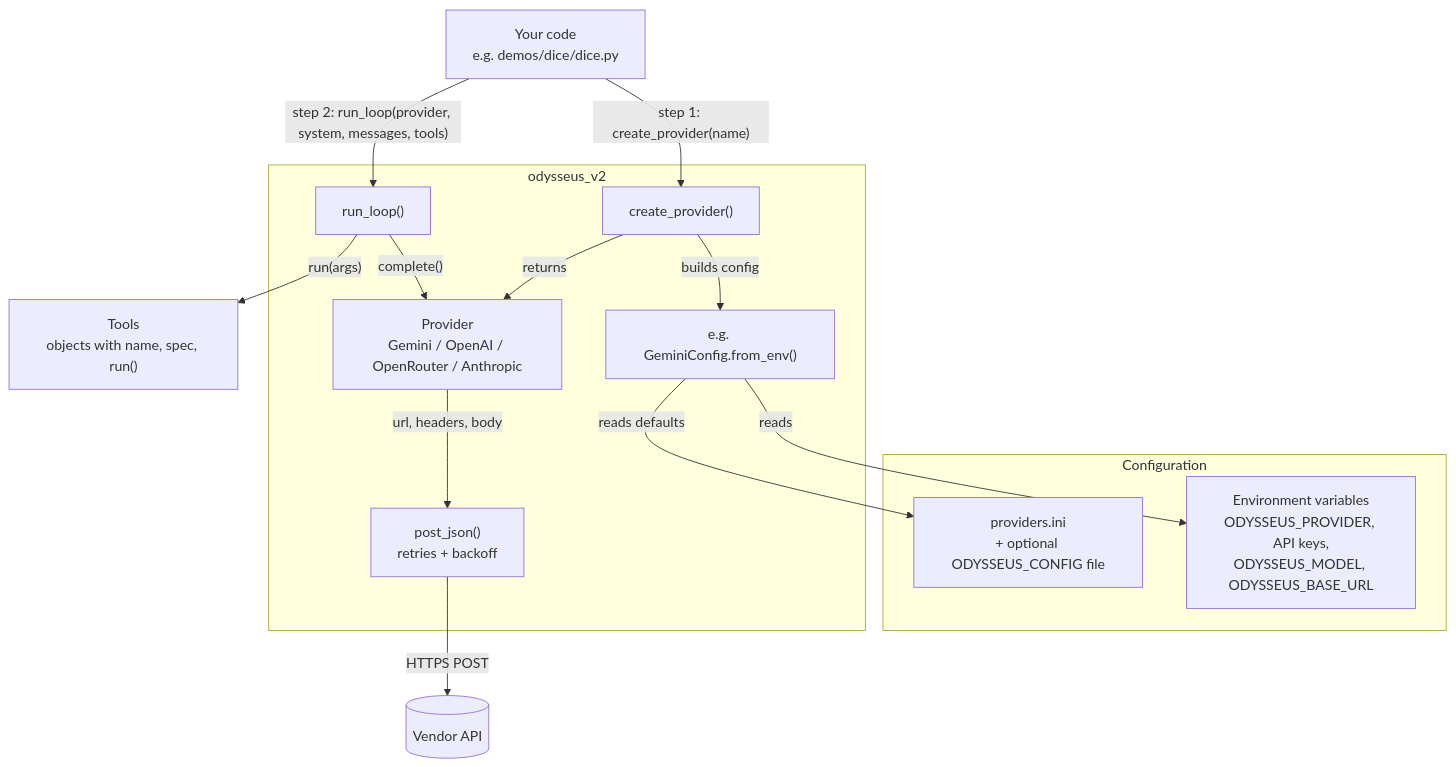
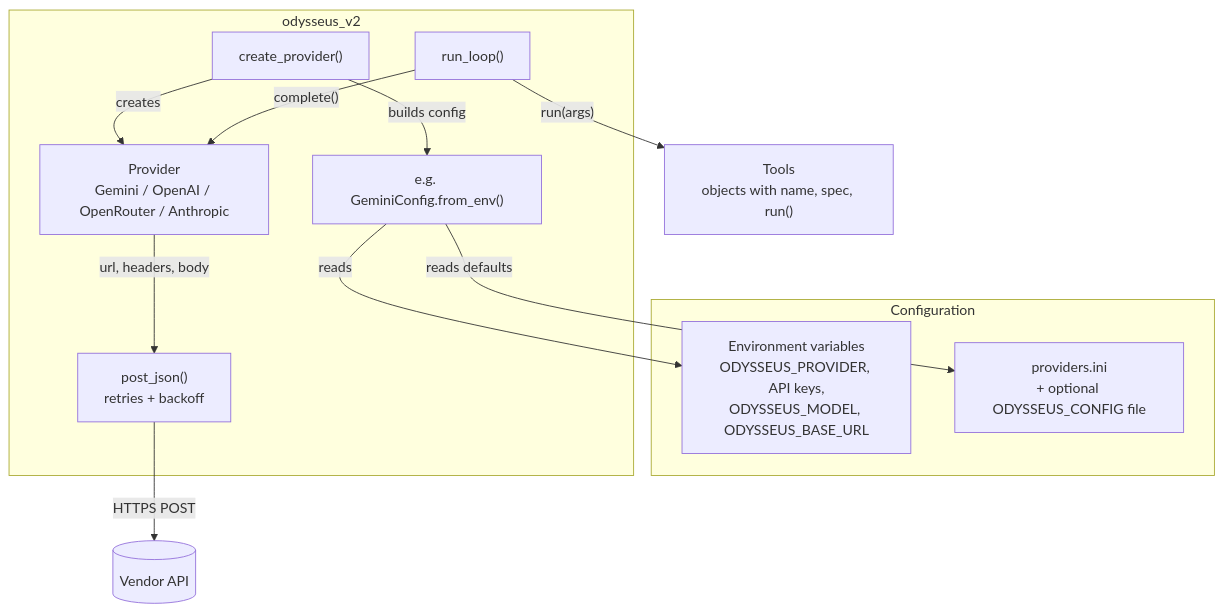
Before and after one commit to kirankumar0710/ai-harness: the first of 3 diagrams in odysseus/README.md, drawn with Mermaid. The commit also changed other lines of this file and 1 other file, not shown here.

````diff
--- a/odysseus/README.md
+++ b/odysseus/README.md
@@ -164,31 +165,27 @@
 ```mermaid
 flowchart TB
-    app["Your code<br/>e.g. demos/dice/dice.py"]
-
     subgraph config["Configuration"]
         env["Environment variables<br/>ODYSSEUS_PROVIDER, API keys,<br/>ODYSSEUS_MODEL, ODYSSEUS_BASE_URL"]
         ini["providers.ini<br/>+ optional ODYSSEUS_CONFIG file"]
     end
 
     subgraph odysseus["odysseus_v2"]
         factory["create_provider()"]
         fromenv["e.g. GeminiConfig.from_env()"]
         loop["run_loop()"]
         provider["Provider<br/>Gemini / OpenAI / OpenRouter / Anthropic"]
         transport["post_json()<br/>retries + backoff"]
     end
 
     tools["Tools<br/>objects with name, spec, run()"]
     api[("Vendor API")]
 
-    app -- "step 1: create_provider(name)" --> factory
     factory -- "builds config" --> fromenv
     fromenv -- "reads" --> env
     fromenv -- "reads defaults" --> ini
-    factory -- "returns" --> provider
-    app -- "step 2: run_loop(provider, system, messages, tools)" --> loop
+    factory -- "creates" --> provider
     loop -- "complete()" --> provider
     provider -- "url, headers, body" --> transport
     transport -- "HTTPS POST" --> api
     loop -- "run(args)" --> tools
 ```
````
